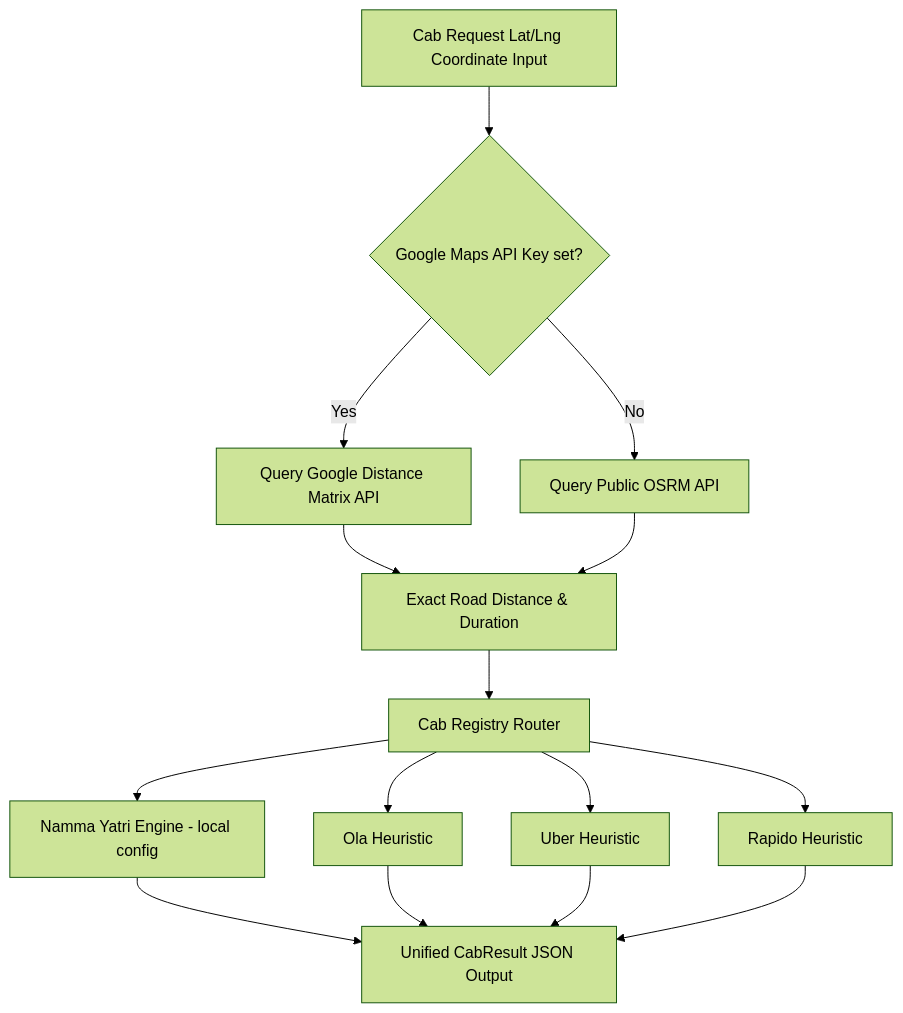
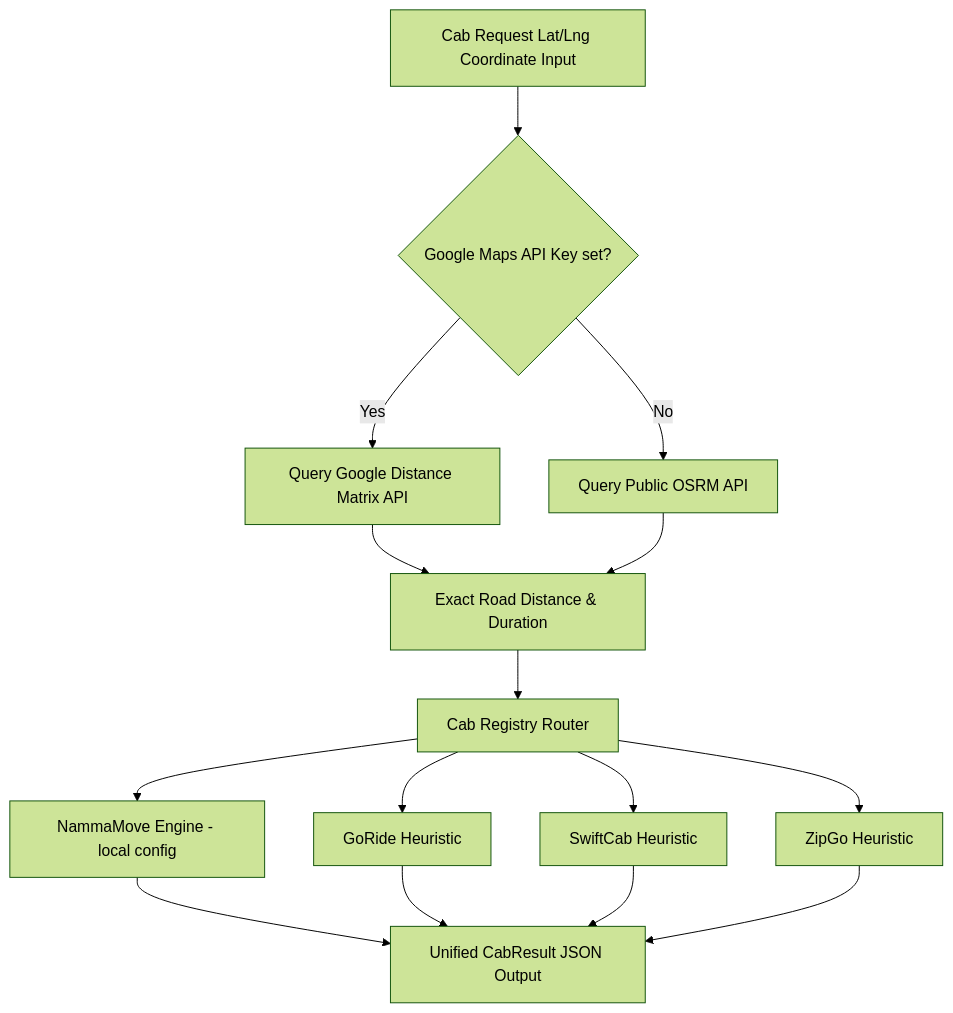
Before and after one commit to Harsha-Hegde-2005/Unified-Comparison-and-Personalized-Travel-Guide: the diagram in docs/cabs_integration_spec.md, drawn with Mermaid (forest theme). The commit also changed other lines of this file and 35 other files, not shown here.

````diff
--- a/docs/cabs_integration_spec.md
+++ b/docs/cabs_integration_spec.md
@@ -14,14 +14,14 @@
 ```mermaid
 graph TD
     A[Cab Request Lat/Lng Coordinate Input] --> B{Google Maps API Key set?}
     B -- Yes --> C[Query Google Distance Matrix API]
     B -- No --> D[Query Public OSRM API]
     C --> E[Exact Road Distance & Duration]
     D --> E
     E --> F[Cab Registry Router]
-    F --> G[Namma Yatri Engine - local config]
-    F --> H[Ola Heuristic]
-    F --> I[Uber Heuristic]
-    F --> J[Rapido Heuristic]
+    F --> G[NammaMove Engine - local config]
+    F --> H[GoRide Heuristic]
+    F --> I[SwiftCab Heuristic]
+    F --> J[ZipGo Heuristic]
     G & H & I & J --> K[Unified CabResult JSON Output]
 ```
````
